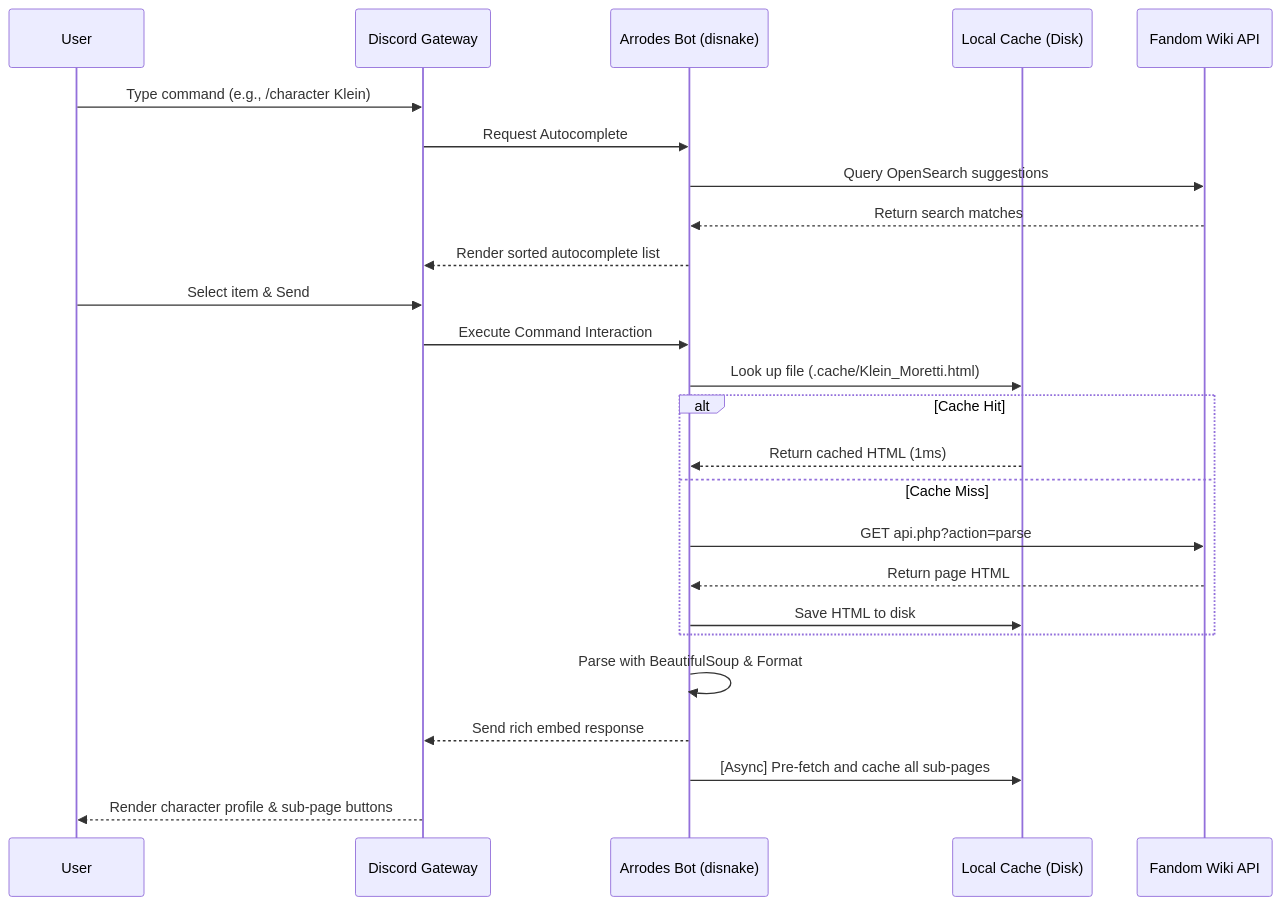
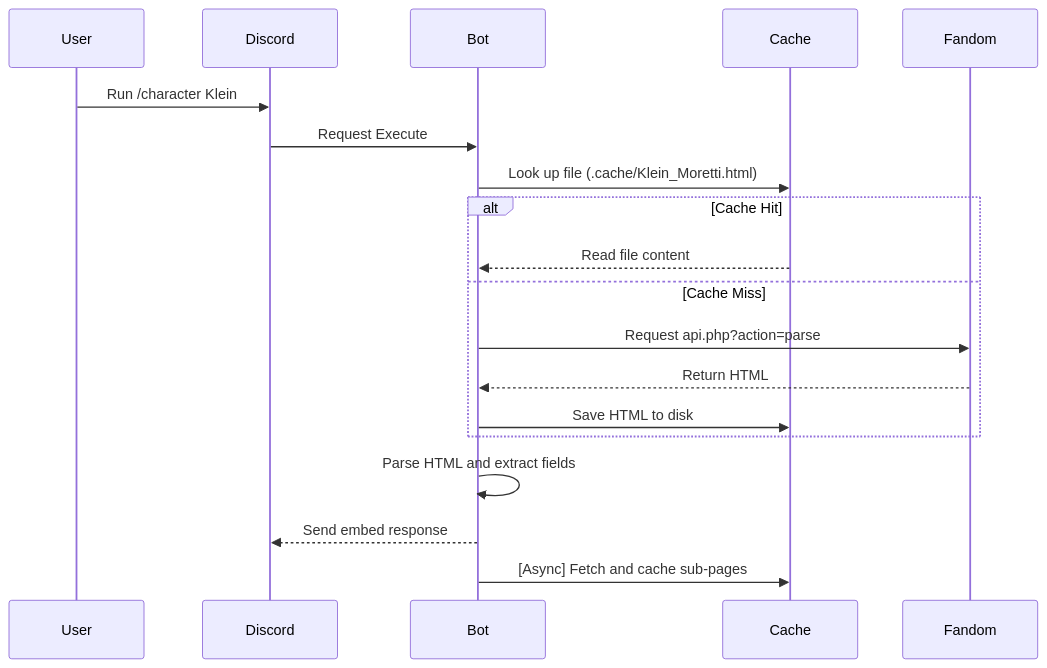
The diagram in README.md (Theroid00/Arrodes), drawn with Mermaid before and after one commit. The commit also changed other lines of this file, not shown here.

````diff
--- a/README.md
+++ b/README.md
@@ -50,28 +43,22 @@
 ```mermaid
 sequenceDiagram
     participant User
-    participant Discord as Discord Gateway
-    participant Bot as Arrodes Bot (disnake)
-    participant Cache as Local Cache (Disk)
-    participant Fandom as Fandom Wiki API
+    participant Discord
+    participant Bot
+    participant Cache
+    participant Fandom
 
-    User->>Discord: Type command (e.g., /character Klein)
-    Discord->>Bot: Request Autocomplete
-    Bot->>Fandom: Query OpenSearch suggestions
-    Fandom-->>Bot: Return search matches
-    Bot-->>Discord: Render sorted autocomplete list
-    User->>Discord: Select item & Send
-    Discord->>Bot: Execute Command Interaction
+    User->>Discord: Run /character Klein
+    Discord->>Bot: Request Execute
     Bot->>Cache: Look up file (.cache/Klein_Moretti.html)
     alt Cache Hit
-        Cache-->>Bot: Return cached HTML (1ms)
+        Cache-->>Bot: Read file content
     else Cache Miss
-        Bot->>Fandom: GET api.php?action=parse
-        Fandom-->>Bot: Return page HTML
+        Bot->>Fandom: Request api.php?action=parse
+        Fandom-->>Bot: Return HTML
         Bot->>Cache: Save HTML to disk
     end
-    Bot->>Bot: Parse with BeautifulSoup & Format
-    Bot-->>Discord: Send rich embed response
-    Bot->>Cache: [Async] Pre-fetch and cache all sub-pages
-    Discord-->>User: Render character profile & sub-page buttons
+    Bot->>Bot: Parse HTML and extract fields
+    Bot-->>Discord: Send embed response
+    Bot->>Cache: [Async] Fetch and cache sub-pages
 ```
````
